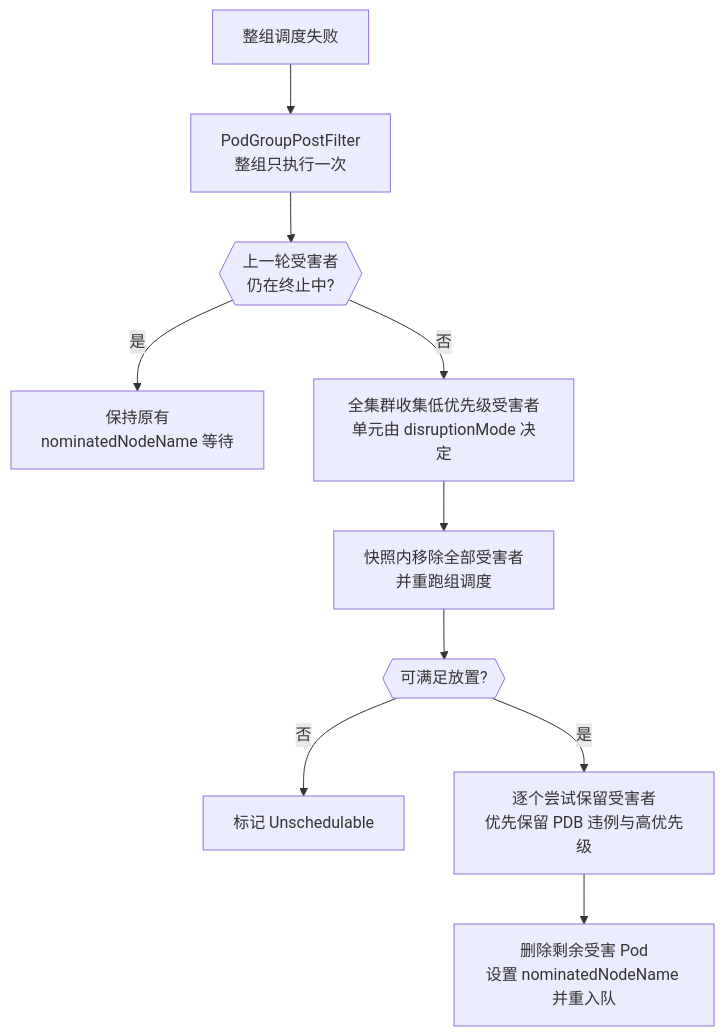
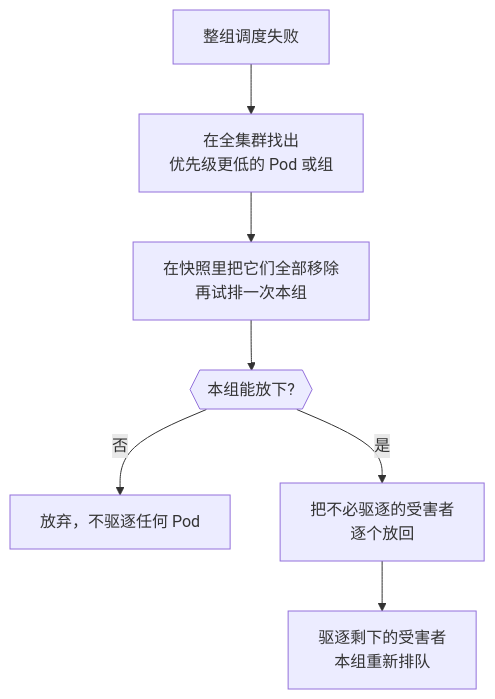
One commit to JesseStutler/volcano changed the tenth of 13 diagrams in docs/research/k8s-workload-aware-scheduling-vs-volcano-cn.md. Above: the diagram before and after it, drawn with Mermaid. The commit also changed other lines of this file and 1 other file, not shown here.

First line of the commit message:
docs: rewrite the upstream PodGroup comparison for readability

````diff
--- a/docs/research/k8s-workload-aware-scheduling-vs-volcano-cn.md
+++ b/docs/research/k8s-workload-aware-scheduling-vs-volcano-cn.md
@@ -488,12 +467,9 @@
 ```mermaid
 flowchart TD
-    A["整组调度失败"] --> B["PodGroupPostFilter<br/>整组只执行一次"]
-    B --> C{{"上一轮受害者<br/>仍在终止中?"}}
-    C -- 是 --> D["保持原有<br/>nominatedNodeName 等待"]
-    C -- 否 --> E["全集群收集低优先级受害者<br/>单元由 disruptionMode 决定"]
-    E --> F["快照内移除全部受害者<br/>并重跑组调度"]
-    F --> G{{"可满足放置?"}}
-    G -- 否 --> H["标记 Unschedulable"]
-    G -- 是 --> I["逐个尝试保留受害者<br/>优先保留 PDB 违例与高优先级"]
-    I --> J["删除剩余受害 Pod<br/>设置 nominatedNodeName 并重入队"]
+    A["整组调度失败"] --> B["在全集群找出<br/>优先级更低的 Pod 或组"]
+    B --> C["在快照里把它们全部移除<br/>再试排一次本组"]
+    C --> D{{"本组能放下?"}}
+    D -- 否 --> E["放弃，不驱逐任何 Pod"]
+    D -- 是 --> F["把不必驱逐的受害者<br/>逐个放回"]
+    F --> G["驱逐剩下的受害者<br/>本组重新排队"]
 ```
````
